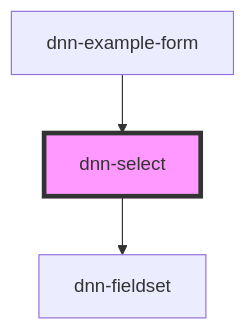
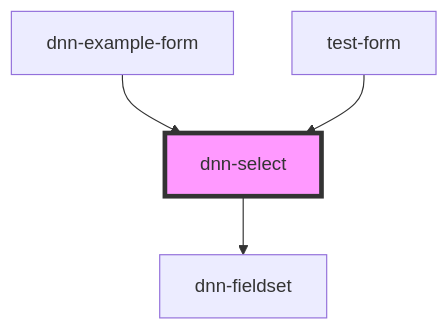
One commit to DNNCommunity/dnn-elements changed the diagram in packages/stencil-library/src/components/dnn-select/readme.md. Above: the diagram before and after it, drawn with Mermaid. The commit also changed other lines of this file and 17 other files, not shown here.

````diff
--- a/packages/stencil-library/src/components/dnn-select/readme.md
+++ b/packages/stencil-library/src/components/dnn-select/readme.md
@@ -65,6 +66,7 @@
 ```mermaid
 graph TD;
   dnn-select --> dnn-fieldset
   dnn-example-form --> dnn-select
+  test-form --> dnn-select
   style dnn-select fill:#f9f,stroke:#333,stroke-width:4px
 ```
````
